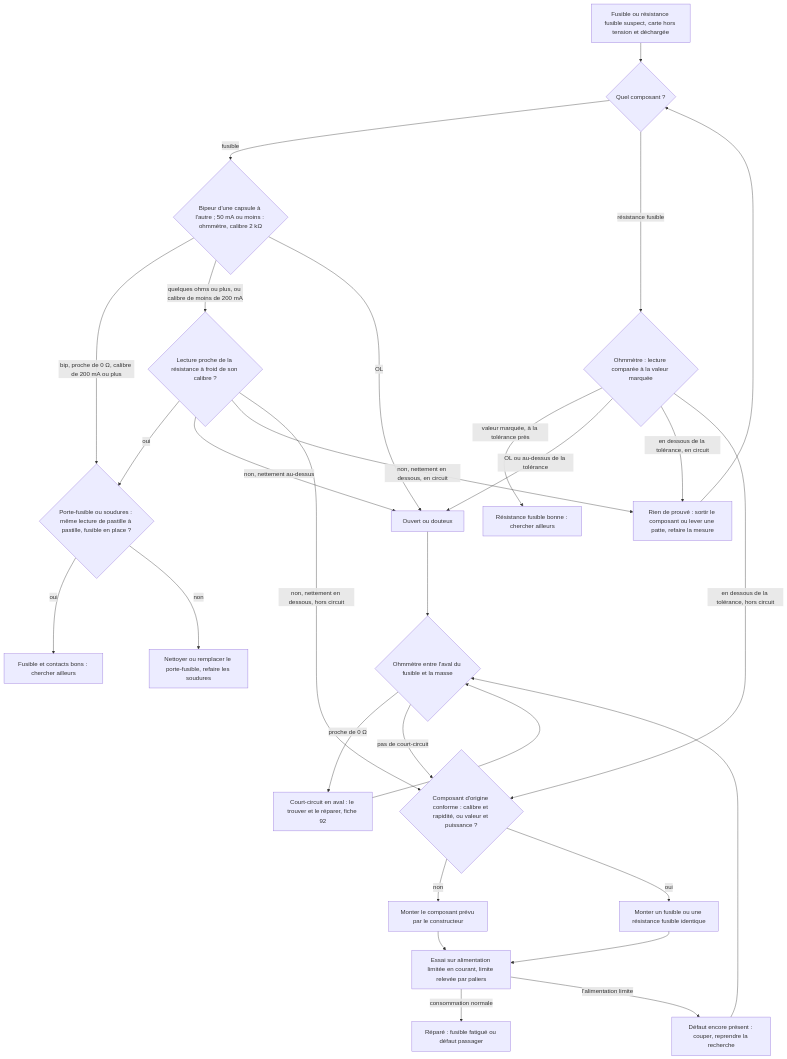
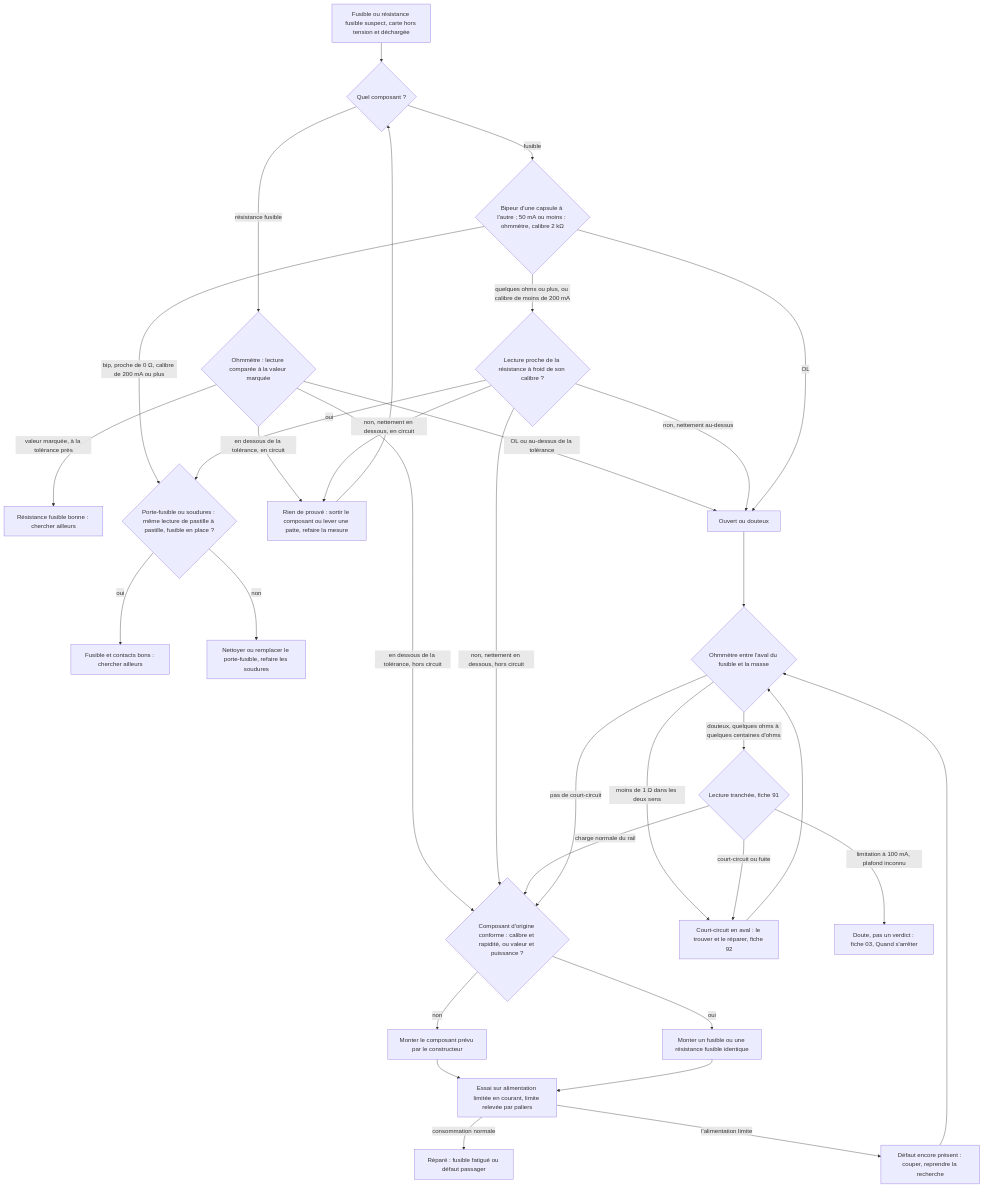
The diagram in troubleshooting/13_fusible/README.md (benoit-bremaud/ohm-sweet-ohm), drawn with Mermaid before and after one commit. The commit also changed other lines of this file and 18 other files, not shown here.

````diff
--- a/troubleshooting/13_fusible/README.md
+++ b/troubleshooting/13_fusible/README.md
@@ -184,31 +184,35 @@
 ```mermaid
 flowchart TD
   A[Fusible ou résistance fusible suspect, carte hors tension et déchargée] --> T{Quel composant ?}
   T -- fusible --> B{Bipeur d'une capsule à l'autre ; 50 mA ou moins : ohmmètre, calibre 2 kΩ}
   T -- résistance fusible --> U{Ohmmètre : lecture comparée à la valeur marquée}
   U -- valeur marquée, à la tolérance près --> V[Résistance fusible bonne : chercher ailleurs]
   U -- OL ou au-dessus de la tolérance --> G
   U -- en dessous de la tolérance, en circuit --> P
   U -- en dessous de la tolérance, hors circuit --> J
   B -- bip, proche de 0 Ω, calibre de 200 mA ou plus --> C{Porte-fusible ou soudures : même lecture de pastille à pastille, fusible en place ?}
   C -- oui --> D[Fusible et contacts bons : chercher ailleurs]
   C -- non --> E[Nettoyer ou remplacer le porte-fusible, refaire les soudures]
   B -- quelques ohms ou plus, ou calibre de moins de 200 mA --> F{Lecture proche de la résistance à froid de son calibre ?}
   F -- oui --> C
   F -- non, nettement au-dessus --> G[Ouvert ou douteux]
   F -- non, nettement en dessous, en circuit --> P[Rien de prouvé : sortir le composant ou lever une patte, refaire la mesure]
   P --> T
   F -- non, nettement en dessous, hors circuit --> J
   B -- OL --> G
   G --> H{Ohmmètre entre l'aval du fusible et la masse}
-  H -- proche de 0 Ω --> I[Court-circuit en aval : le trouver et le réparer, fiche 92]
+  H -- moins de 1 Ω dans les deux sens --> I[Court-circuit en aval : le trouver et le réparer, fiche 92]
   I --> H
+  H -- douteux, quelques ohms à quelques centaines d'ohms --> W{Lecture tranchée, fiche 91}
+  W -- court-circuit ou fuite --> I
+  W -- charge normale du rail --> J
+  W -- limitation à 100 mA, plafond inconnu --> W2[Doute, pas un verdict : fiche 03, Quand s'arrêter]
   H -- pas de court-circuit --> J{Composant d'origine conforme : calibre et rapidité, ou valeur et puissance ?}
   J -- non --> K[Monter le composant prévu par le constructeur]
   J -- oui --> L[Monter un fusible ou une résistance fusible identique]
   K --> M[Essai sur alimentation limitée en courant, limite relevée par paliers]
   L --> M
   M -- consommation normale --> N[Réparé : fusible fatigué ou défaut passager]
   M -- l'alimentation limite --> O[Défaut encore présent : couper, reprendre la recherche]
   O --> H
 ```
````
